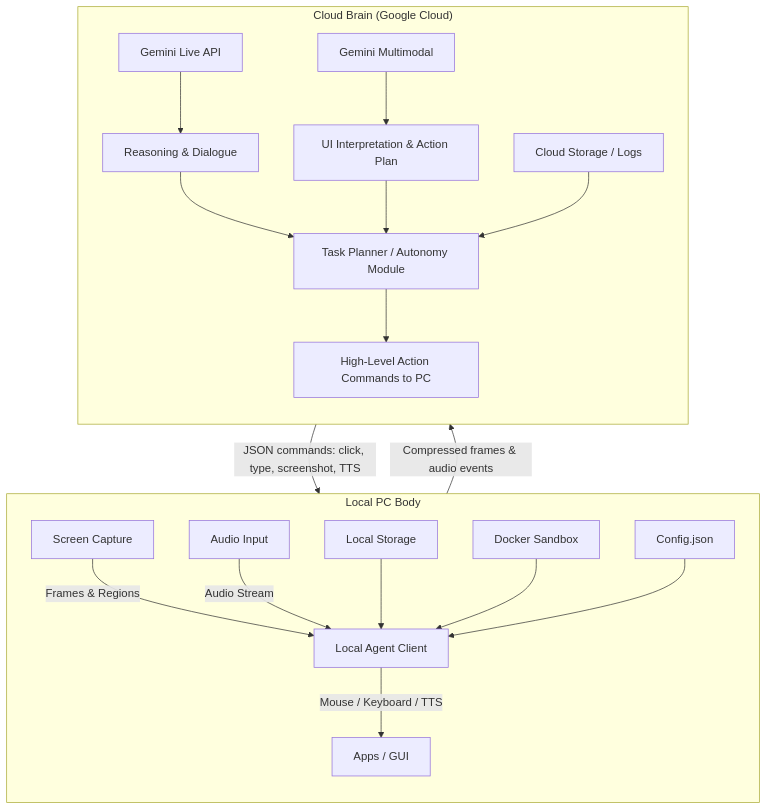
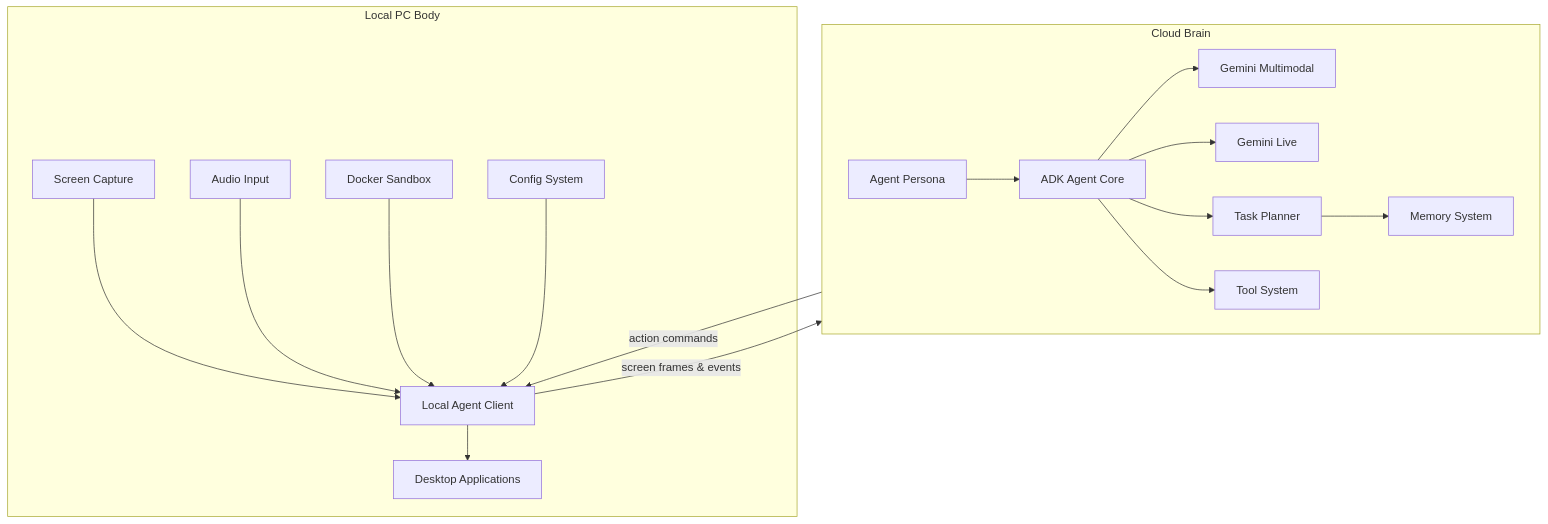
One commit to tobiawolaju/The-Intern changed the diagram in README.md. Above: the diagram before and after it, drawn with Mermaid. The commit also changed other lines of this file, not shown here.

`````diff
--- a/README.md
+++ b/README.md
@@ -60,35 +130,38 @@
 ```mermaid
 flowchart TB
-    %%-----------------------------
-    %% Local PC Body
-    %%-----------------------------
-    subgraph PC_Body["Local PC Body"]
-        direction TB
-        A[Screen Capture] -->|Frames & Regions| B[Local Agent Client]
-        C[Audio Input] -->|Audio Stream| B
-        B -->|Mouse / Keyboard / TTS| D[Apps / GUI]
-        E[Local Storage] --> B
-        F[Docker Sandbox] --> B
-        G[Config.json] --> B
-    end
 
-    %%-----------------------------
-    %% Cloud Brain
-    %%-----------------------------
-    subgraph Cloud_Brain["Cloud Brain (Google Cloud)"]
-        direction TB
-        H[Gemini Live API] --> I[Reasoning & Dialogue]
-        J[Gemini Multimodal] --> K[UI Interpretation & Action Plan]
-        I --> L[Task Planner / Autonomy Module]
-        K --> L
-        L --> M[High-Level Action Commands to PC]
-        N[Cloud Storage / Logs] --> L
-    end
+subgraph PC["Local PC Body"]
+A[Screen Capture]
+B[Audio Input]
+C[Local Agent Client]
+D[Desktop Applications]
+E[Docker Sandbox]
+F[Config System]
 
-    %%-----------------------------
-    %% Communication
-    %%-----------------------------
-    B -->|Compressed frames & audio events| Cloud_Brain
-    Cloud_Brain -->|"JSON commands: click, type, screenshot, TTS"| B
+A --> C
+B --> C
+C --> D
+E --> C
+F --> C
+end
 
-````
+subgraph CLOUD["Cloud Brain"]
+G[ADK Agent Core]
+H[Agent Persona]
+I[Gemini Multimodal]
+J[Gemini Live]
+K[Task Planner]
+L[Tool System]
+M[Memory System]
+end
+
+C -->|screen frames & events| CLOUD
+CLOUD -->|action commands| C
+
+H --> G
+G --> I
+G --> J
+G --> K
+G --> L
+K --> M
+```
`````
